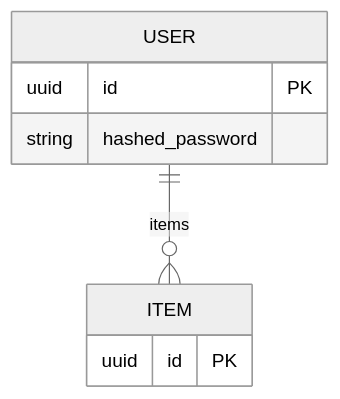
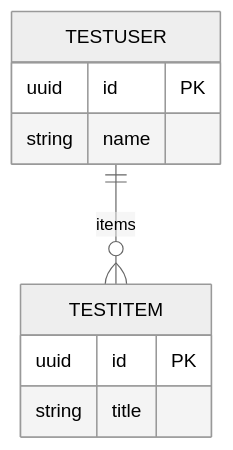
Before and after one commit to murphycrew/full-stack-fastapi-template: the diagram in docs/database/erd.mmd, drawn with Mermaid (neutral theme). The commit also changed 13 other files, not shown here.

```diff
--- a/docs/database/erd.mmd
+++ b/docs/database/erd.mmd
@@ -1,21 +1,22 @@
 %% Database ERD Diagram
-%% Generated: 2024-01-01T00:00:00.000000
+%% Generated: 2025-10-06T18:30:11.085486
 %% Version: Unknown
 %% Entities: 2
 %% Relationships: 1
 %% Status: invalid
 
 %% This diagram is automatically generated from SQLModel definitions
 
 erDiagram
 
-USER {
+TESTUSER {
     uuid id PK
-    string hashed_password
+    string name
 }
 
-ITEM {
+TESTITEM {
     uuid id PK
+    string title
 }
 
-USER ||--o{ ITEM : items
+TESTUSER ||--o{ TESTITEM : items
```
